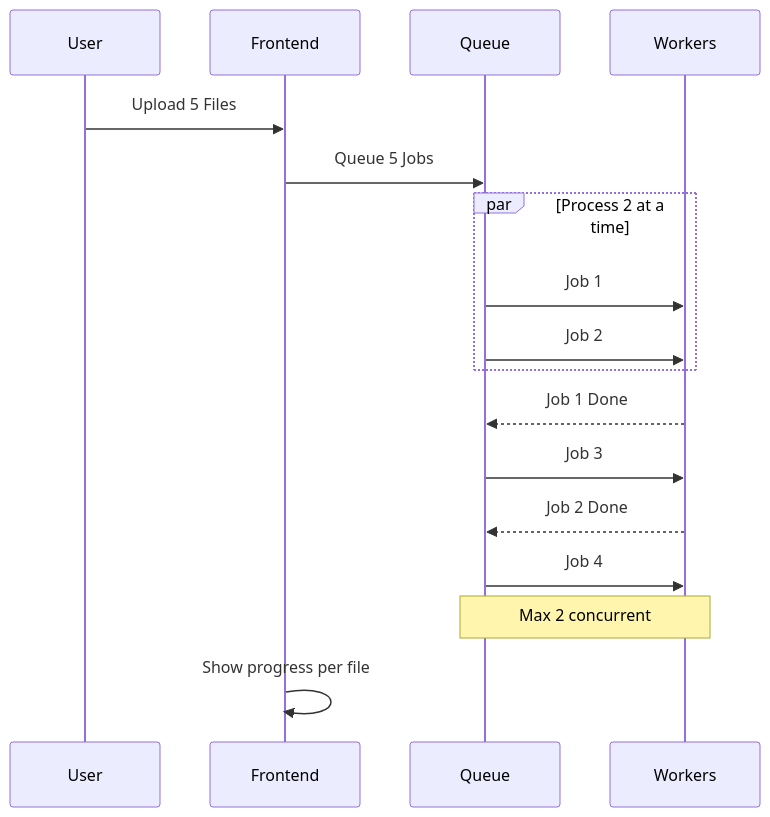
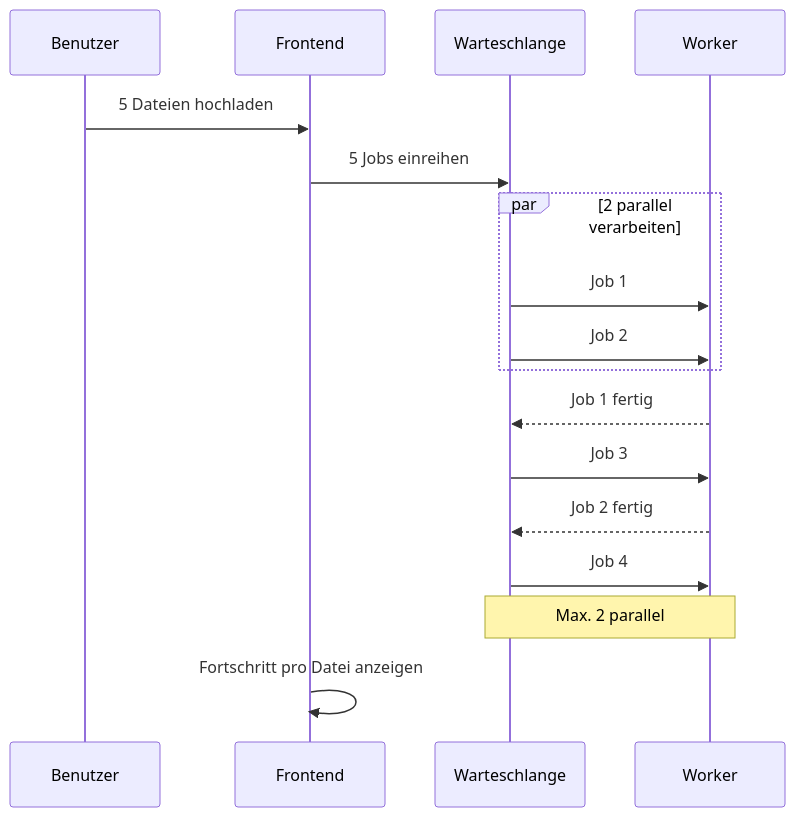
The fifth of 8 diagrams in docs/de/architecture/diagrams.md (duckling-ui/duckling), drawn with Mermaid before and after one commit. The commit also changed other lines of this file and 133 other files, not shown here.

````diff
--- a/docs/de/architecture/diagrams.md
+++ b/docs/de/architecture/diagrams.md
@@ -129,24 +129,24 @@
 ```mermaid
 sequenceDiagram
-    participant U as User
+    participant U as Benutzer
     participant F as Frontend
-    participant Q as Queue
-    participant W as Workers
+    participant Q as Warteschlange
+    participant W as Worker
 
-    U->>F: Upload 5 Files
-    F->>Q: Queue 5 Jobs
+    U->>F: 5 Dateien hochladen
+    F->>Q: 5 Jobs einreihen
 
-    par Process 2 at a time
+    par 2 parallel verarbeiten
         Q->>W: Job 1
         Q->>W: Job 2
     end
 
-    W-->>Q: Job 1 Done
+    W-->>Q: Job 1 fertig
     Q->>W: Job 3
-    W-->>Q: Job 2 Done
+    W-->>Q: Job 2 fertig
     Q->>W: Job 4
 
-    Note over Q,W: Max 2 concurrent
+    Note over Q,W: Max. 2 parallel
 
-    F->>F: Show progress per file
+    F->>F: Fortschritt pro Datei anzeigen
 ```
````
